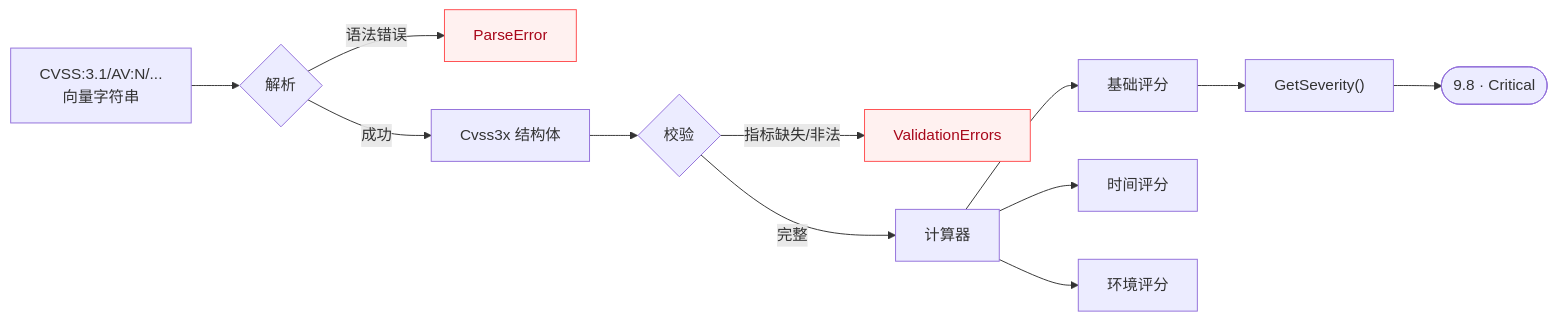
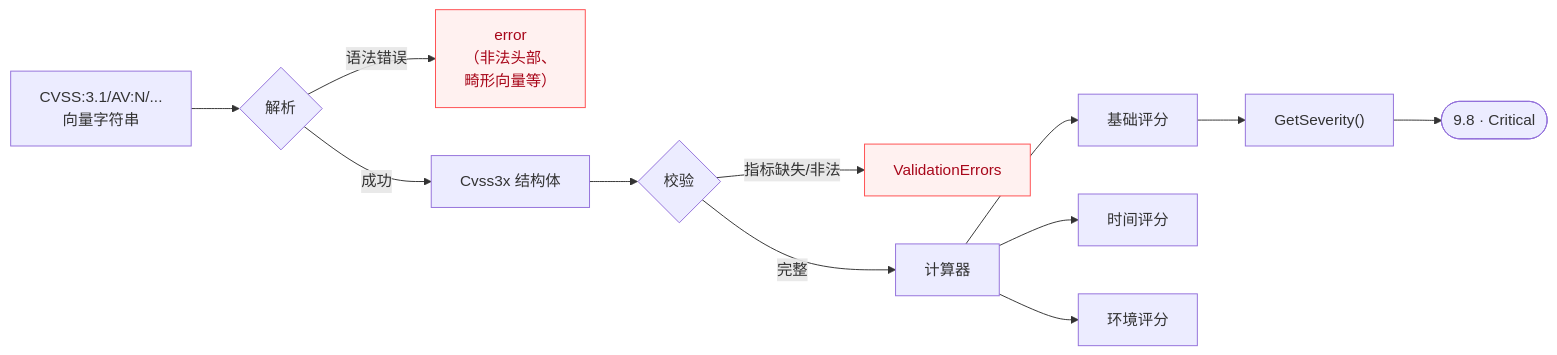
One commit to scagogogo/cvss-skills changed the second of 4 diagrams in website/zh/index.md. Above: the diagram before and after it, drawn with Mermaid. The commit also changed 1 other file, not shown here.

Commit message:
docs: drop non-existent ParseError type from scoring pipeline diagram
The "From Vector String to Score" mermaid flowchart labeled the
parse-failure node "ParseError", implying a named type. The parser
(pkg/parser) has no ParseError type — it returns bare errors built
with fmt.Errorf/errors.New (e.g. "cvss3x ... syntax error: ...",
ErrParserMagicHead, ErrDuplicateMetric). Renamed the node to a
generic "error (invalid magic head, malformed vector, ...)" so the
diagram doesn't promise a type that isn't in the API. Applied to
both website/index.md and website/zh/index.md.

````diff
--- a/website/zh/index.md
+++ b/website/zh/index.md
@@ -94,17 +94,17 @@
 ```mermaid
 flowchart LR
     A["CVSS:3.1/AV:N/...<br/>向量字符串"] --> B{解析}
-    B -->|语法错误| E1["ParseError"]
+    B -->|语法错误| E1["error<br/>（非法头部、<br/>畸形向量等）"]
     B -->|成功| C["Cvss3x 结构体"]
     C --> D{校验}
     D -->|指标缺失/非法| E2["ValidationErrors"]
     D -->|完整| F["计算器"]
     F --> G["基础评分"]
     F --> H["时间评分"]
     F --> I["环境评分"]
     G --> J["GetSeverity()"]
     J --> K(["9.8 · Critical"])
 
     classDef err fill:#fff1f0,stroke:#ff4d4f,color:#a8071a;
     class E1,E2 err;
 ```
````
